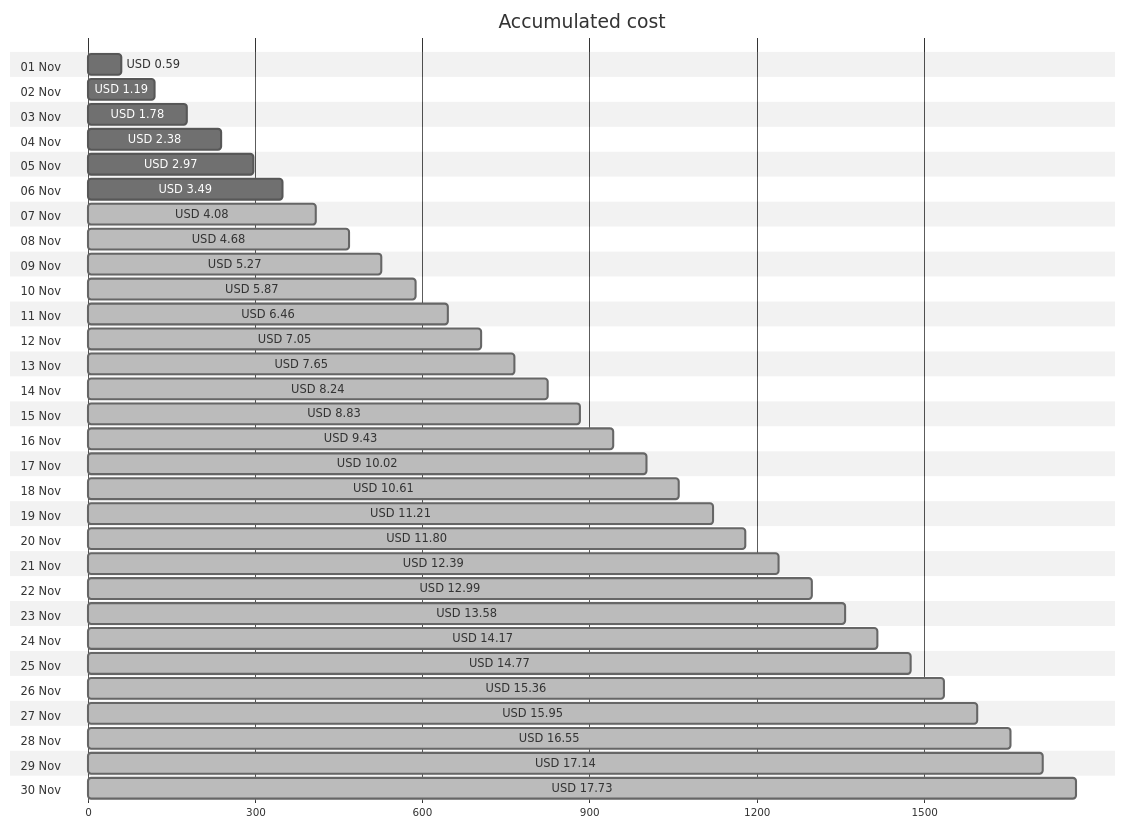
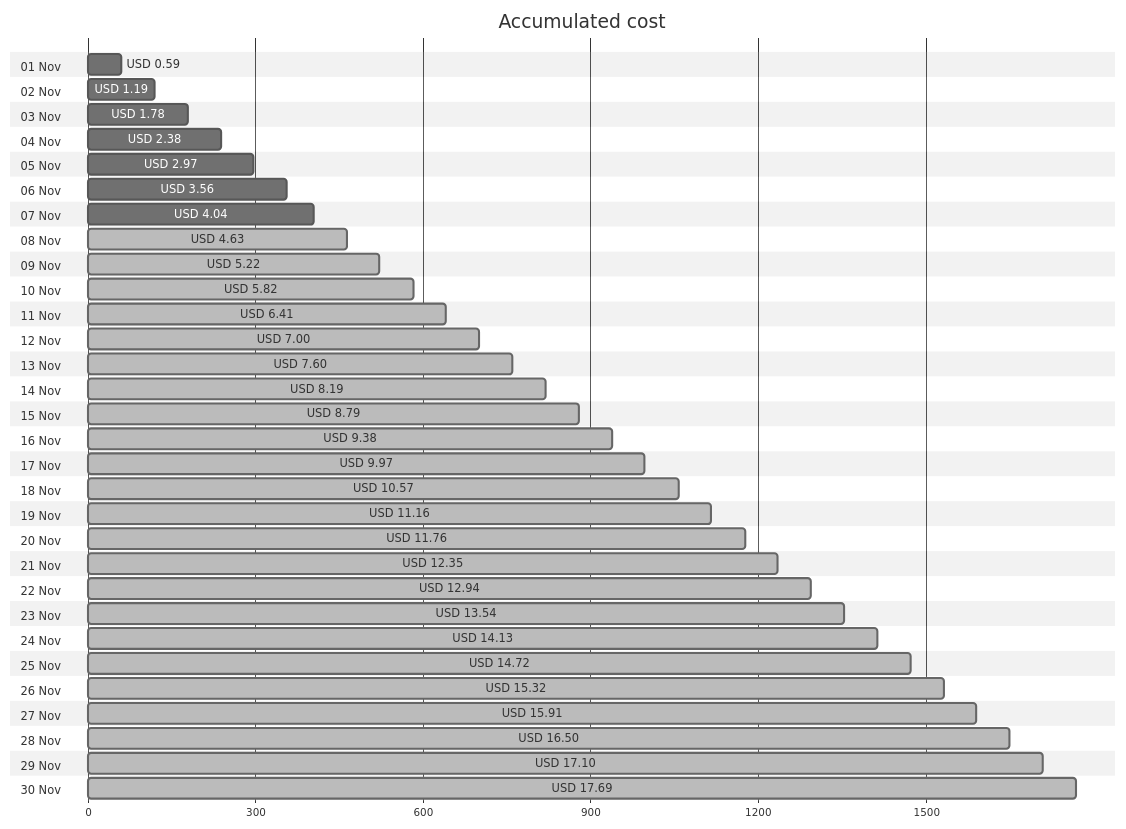
The first of 4 diagrams in cost-reports/personal-site/README.md (jpfulton/azure-personal-reports), drawn with Mermaid (neutral theme) before and after one commit. The commit also changed other lines of this file and 6 other files, not shown here.

````diff
--- a/cost-reports/personal-site/README.md
+++ b/cost-reports/personal-site/README.md
@@ -20,66 +20,66 @@
 ```mermaid
 gantt
    title Accumulated cost
    dateFormat  X
    axisFormat %s
    section 01 Nov
    USD 0.59 :0, 59
    section 02 Nov
    USD 1.19 :0, 119
    section 03 Nov
    USD 1.78 :0, 178
    section 04 Nov
    USD 2.38 :0, 238
    section 05 Nov
    USD 2.97 :0, 297
    section 06 Nov
-   USD 3.49 :0, 349
+   USD 3.56 :0, 356
    section 07 Nov
-   USD 4.08 : done, 0, 408
+   USD 4.04 :0, 404
    section 08 Nov
-   USD 4.68 : done, 0, 468
+   USD 4.63 : done, 0, 463
    section 09 Nov
-   USD 5.27 : done, 0, 527
+   USD 5.22 : done, 0, 522
    section 10 Nov
-   USD 5.87 : done, 0, 587
+   USD 5.82 : done, 0, 582
    section 11 Nov
-   USD 6.46 : done, 0, 646
+   USD 6.41 : done, 0, 641
    section 12 Nov
-   USD 7.05 : done, 0, 705
+   USD 7.00 : done, 0, 700
    section 13 Nov
-   USD 7.65 : done, 0, 765
+   USD 7.60 : done, 0, 760
    section 14 Nov
-   USD 8.24 : done, 0, 824
+   USD 8.19 : done, 0, 819
    section 15 Nov
-   USD 8.83 : done, 0, 883
+   USD 8.79 : done, 0, 879
    section 16 Nov
-   USD 9.43 : done, 0, 943
+   USD 9.38 : done, 0, 938
    section 17 Nov
-   USD 10.02 : done, 0, 1002
+   USD 9.97 : done, 0, 997
    section 18 Nov
-   USD 10.61 : done, 0, 1061
+   USD 10.57 : done, 0, 1057
    section 19 Nov
-   USD 11.21 : done, 0, 1121
+   USD 11.16 : done, 0, 1116
    section 20 Nov
-   USD 11.80 : done, 0, 1180
+   USD 11.76 : done, 0, 1176
    section 21 Nov
-   USD 12.39 : done, 0, 1239
+   USD 12.35 : done, 0, 1235
    section 22 Nov
-   USD 12.99 : done, 0, 1299
+   USD 12.94 : done, 0, 1294
    section 23 Nov
-   USD 13.58 : done, 0, 1358
+   USD 13.54 : done, 0, 1354
    section 24 Nov
-   USD 14.17 : done, 0, 1417
+   USD 14.13 : done, 0, 1413
    section 25 Nov
-   USD 14.77 : done, 0, 1477
+   USD 14.72 : done, 0, 1472
    section 26 Nov
-   USD 15.36 : done, 0, 1536
+   USD 15.32 : done, 0, 1532
    section 27 Nov
-   USD 15.95 : done, 0, 1595
+   USD 15.91 : done, 0, 1591
    section 28 Nov
-   USD 16.55 : done, 0, 1655
+   USD 16.50 : done, 0, 1650
    section 29 Nov
-   USD 17.14 : done, 0, 1714
+   USD 17.10 : done, 0, 1710
    section 30 Nov
-   USD 17.73 : done, 0, 1773
+   USD 17.69 : done, 0, 1769
 ```
````
